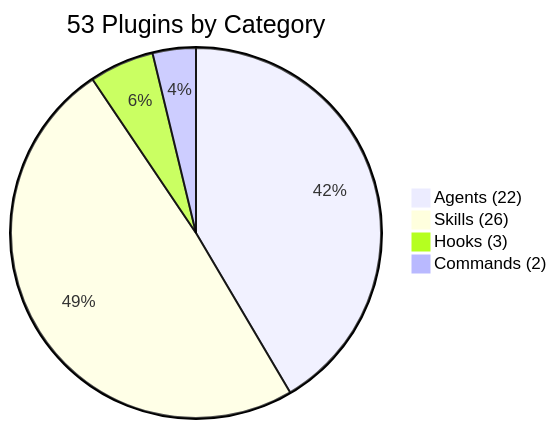
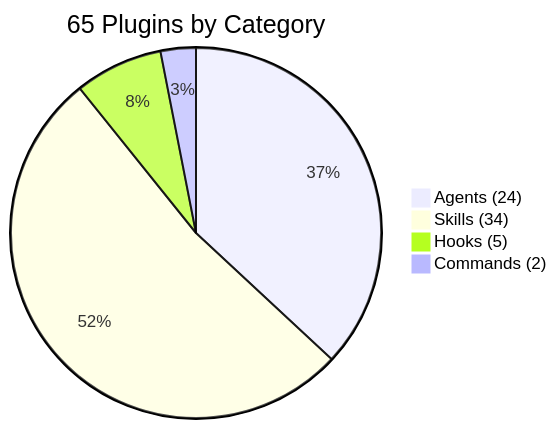
Before and after one commit to a-ariff/ariff-claude-plugins: the second of 4 diagrams in README.md, drawn with Mermaid. The commit also changed other lines of this file and 27 other files, not shown here.

````diff
--- a/README.md
+++ b/README.md
@@ -436,7 +459,7 @@
 ```mermaid
-pie title 53 Plugins by Category
-    "Agents (22)" : 22
-    "Skills (26)" : 26
-    "Hooks (3)" : 3
+pie title 65 Plugins by Category
+    "Agents (24)" : 24
+    "Skills (34)" : 34
+    "Hooks (5)" : 5
     "Commands (2)" : 2
 ```
````
